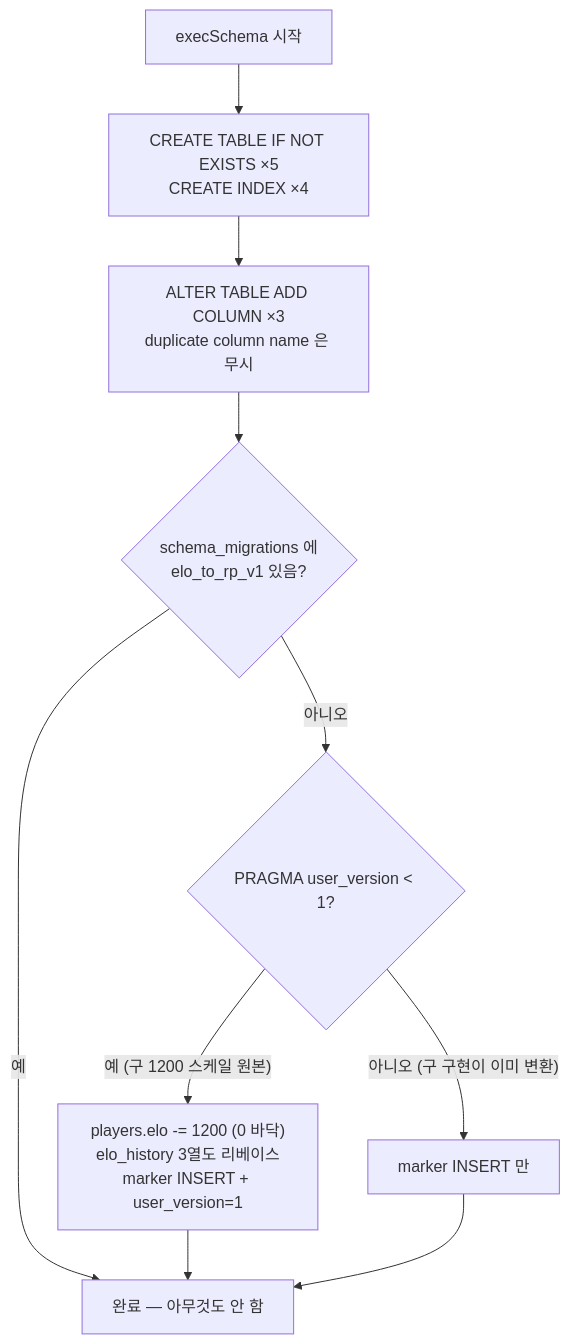
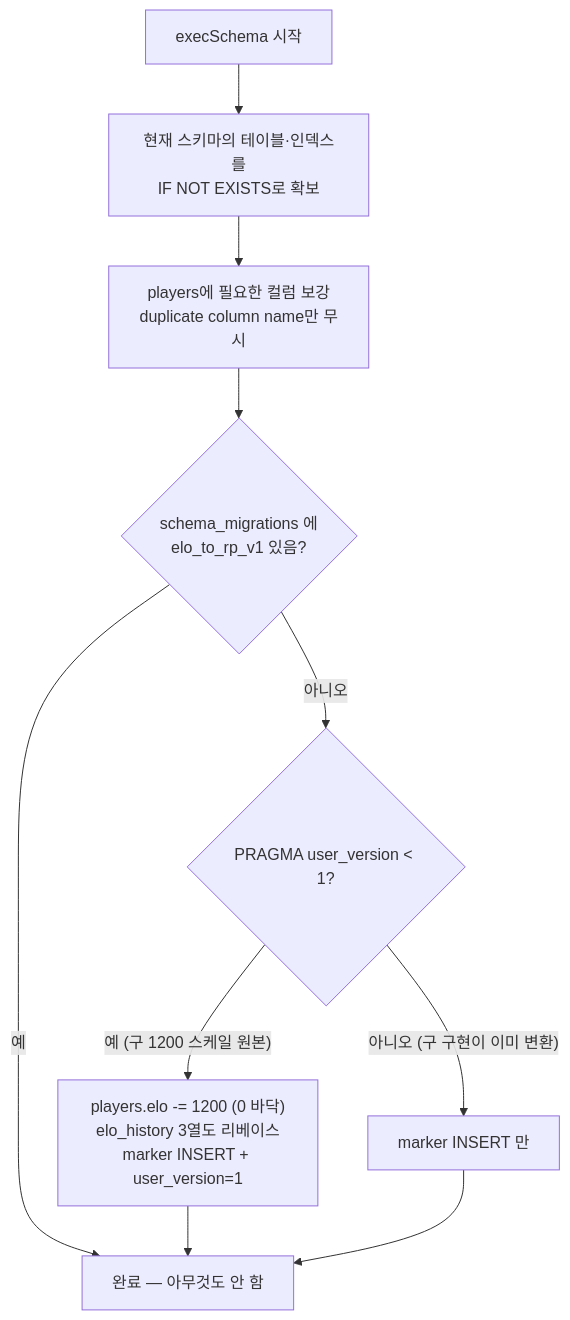
The second of 6 diagrams in docs/blog/part10-meta-and-ranking.md (Rein-ArXiv/Tetris-Multiplayer-RL), drawn with Mermaid before and after one commit. The commit also changed other lines of this file and 34 other files, not shown here.

````diff
--- a/docs/blog/part10-meta-and-ranking.md
+++ b/docs/blog/part10-meta-and-ranking.md
@@ -480,12 +484,12 @@
 ```mermaid
 flowchart TD
-    A[execSchema 시작] --> B["CREATE TABLE IF NOT EXISTS ×5<br/>CREATE INDEX ×4"]
-    B --> C["ALTER TABLE ADD COLUMN ×3<br/>duplicate column name 은 무시"]
+    A[execSchema 시작] --> B["현재 스키마의 테이블·인덱스를<br/>IF NOT EXISTS로 확보"]
+    B --> C["players에 필요한 컬럼 보강<br/>duplicate column name만 무시"]
     C --> D{"schema_migrations 에<br/>elo_to_rp_v1 있음?"}
     D -- 예 --> Z[완료 — 아무것도 안 함]
     D -- 아니오 --> E{"PRAGMA user_version < 1?"}
     E -- "예 (구 1200 스케일 원본)" --> F["players.elo -= 1200 (0 바닥)<br/>elo_history 3열도 리베이스<br/>marker INSERT + user_version=1"]
     E -- "아니오 (구 구현이 이미 변환)" --> G["marker INSERT 만"]
     F --> Z
     G --> Z
 ```
````
